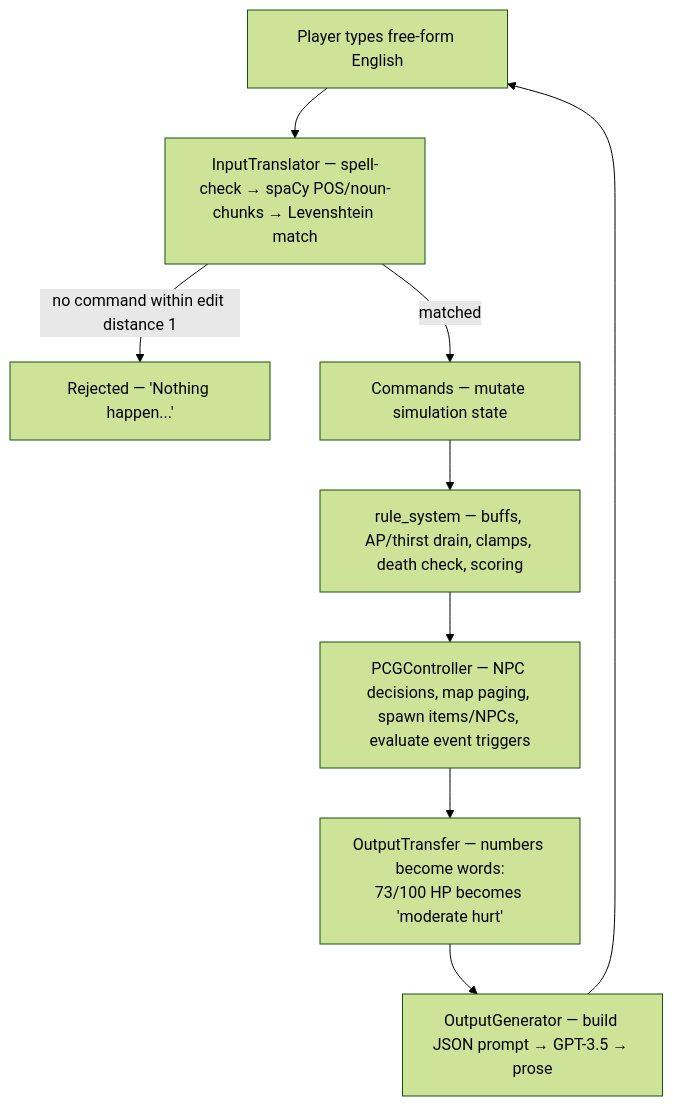
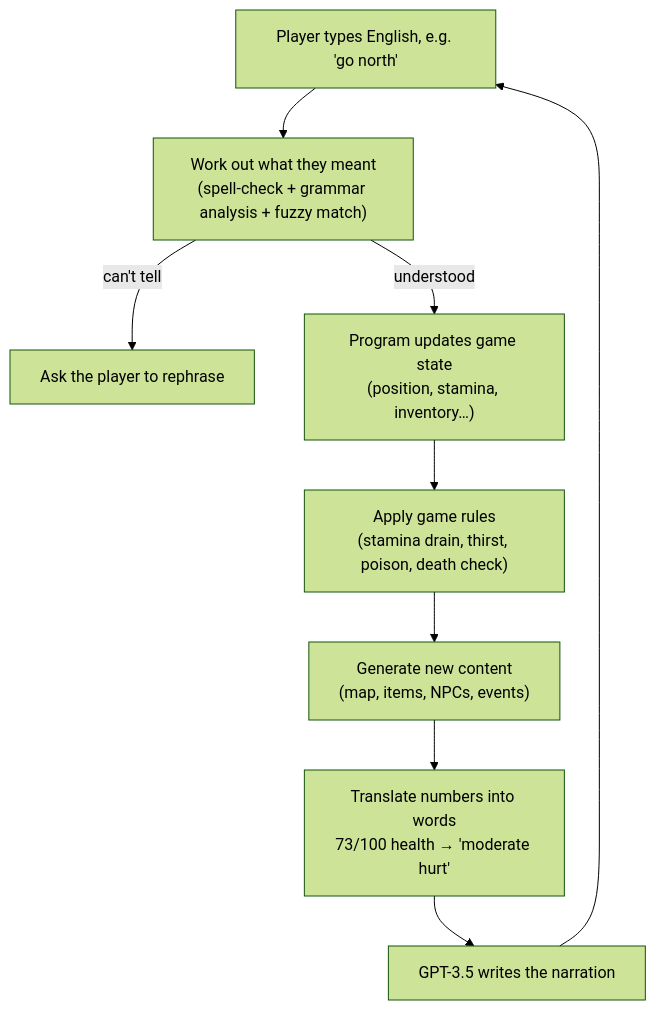
The diagram in README.md (keepOrCounter/Third_year_project_IFadGame), drawn with Mermaid (forest theme) before and after one commit. The commit also changed other lines of this file and 1 other file, not shown here.

````diff
--- a/README.md
+++ b/README.md
@@ -42,11 +97,11 @@
 ```mermaid
 flowchart TD
-    A["Player types free-form English"] --> B["InputTranslator — spell-check → spaCy POS/noun-chunks → Levenshtein match"]
-    B -->|"no command within edit distance 1"| Z["Rejected — 'Nothing happen...'"]
-    B -->|"matched"| C["Commands — mutate simulation state"]
-    C --> D["rule_system — buffs, AP/thirst drain, clamps, death check, scoring"]
-    D --> E["PCGController — NPC decisions, map paging, spawn items/NPCs, evaluate event triggers"]
-    E --> F["OutputTransfer — numbers become words:<br/>73/100 HP becomes 'moderate hurt'"]
-    F --> G["OutputGenerator — build JSON prompt → GPT-3.5 → prose"]
+    A["Player types English, e.g. 'go north'"] --> B["Work out what they meant<br/>(spell-check + grammar analysis + fuzzy match)"]
+    B -->|"can't tell"| Z["Ask the player to rephrase"]
+    B -->|"understood"| C["Program updates game state<br/>(position, stamina, inventory…)"]
+    C --> D["Apply game rules<br/>(stamina drain, thirst, poison, death check)"]
+    D --> E["Generate new content<br/>(map, items, NPCs, events)"]
+    E --> F["Translate numbers into words<br/>73/100 health → 'moderate hurt'"]
+    F --> G["GPT-3.5 writes the narration"]
     G --> A
 ```
````
